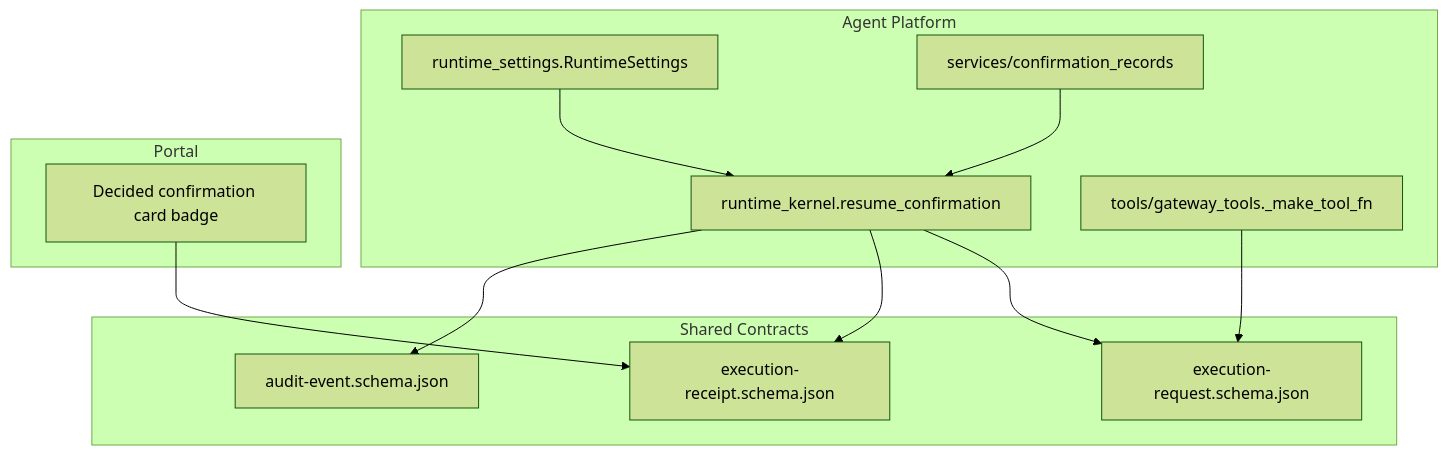
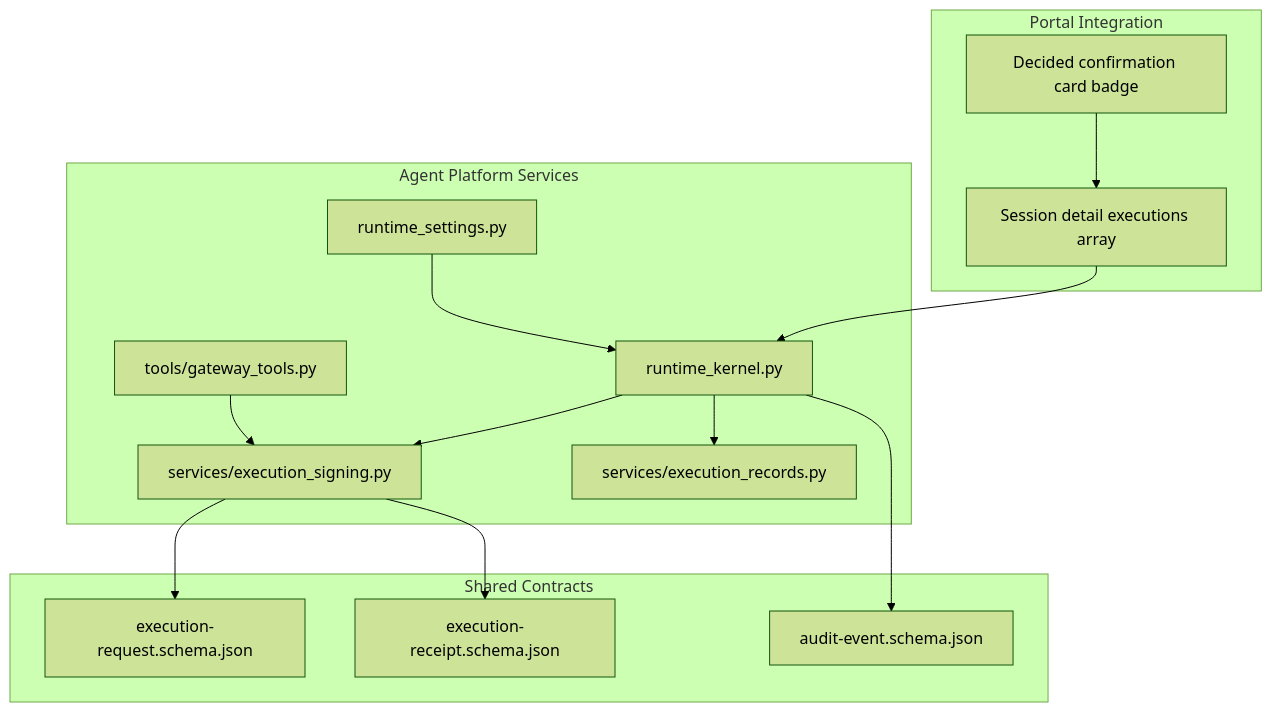
One commit to metasync/luban-aiops changed the first of 8 diagrams in .qoder/repowiki/en/content/Architecture Documentation/SPEC-037_ Signed Execution Requests and Receipts.md. Above: the diagram before and after it, drawn with Mermaid (forest theme). The commit also changed other lines of this file and 27 other files, not shown here.

````diff
--- a/.qoder/repowiki/en/content/Architecture Documentation/SPEC-037_ Signed Execution Requests and Receipts.md
+++ b/.qoder/repowiki/en/content/Architecture Documentation/SPEC-037_ Signed Execution Requests and Receipts.md
@@ -50,24 +58,28 @@
 ```mermaid
 graph TB
-subgraph "Agent Platform"
-RK["runtime_kernel.resume_confirmation"]
-GT["tools/gateway_tools._make_tool_fn"]
-RS["runtime_settings.RuntimeSettings"]
-CR["services/confirmation_records"]
+subgraph "Agent Platform Services"
+ES["services/execution_signing.py"]
+ER["services/execution_records.py"]
+RK["runtime_kernel.py"]
+GT["tools/gateway_tools.py"]
+RS["runtime_settings.py"]
 end
 subgraph "Shared Contracts"
 ERQ["execution-request.schema.json"]
 ERT["execution-receipt.schema.json"]
 AUD["audit-event.schema.json"]
 end
-subgraph "Portal"
+subgraph "Portal Integration"
 UI["Decided confirmation card badge"]
+SD["Session detail executions array"]
 end
-RK --> ERQ
-RK --> ERT
+ES --> ERQ
+ES --> ERT
+RK --> ES
+RK --> ER
 RK --> AUD
-GT --> ERQ
-UI --> ERT
+GT --> ES
+UI --> SD
+SD --> RK
 RS --> RK
-CR --> RK
 ```
````
